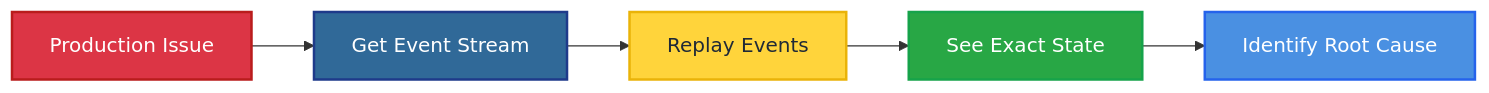
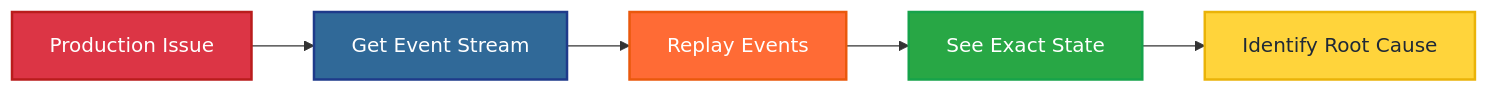
The diagram in docs/presentation/diagrams/source/debugging-superpowers.mmd (anmarkoulis/event-sourcing), drawn with Mermaid before and after one commit. The commit also changed 3 other files, not shown here.

```diff
--- a/docs/presentation/diagrams/source/debugging-superpowers.mmd
+++ b/docs/presentation/diagrams/source/debugging-superpowers.mmd
@@ -1,11 +1,11 @@
 graph LR
     A[Production Issue] --> B[Get Event Stream]
     B --> C[Replay Events]
     C --> D[See Exact State]
     D --> E[Identify Root Cause]
 
     style A fill:#DC3545,stroke:#b91c1c,stroke-width:2px,color:#ffffff
     style B fill:#306998,stroke:#1e3a8a,stroke-width:2px,color:#ffffff
-    style C fill:#FFD43B,stroke:#eab308,stroke-width:2px,color:#1f2937
+    style C fill:#FF6B35,stroke:#ea580c,stroke-width:2px,color:#ffffff
     style D fill:#28A745,stroke:#16a34a,stroke-width:2px,color:#ffffff
-    style E fill:#4A90E2,stroke:#2563eb,stroke-width:2px,color:#ffffff
+    style E fill:#FFD43B,stroke:#eab308,stroke-width:2px,color:#1f2937
```
